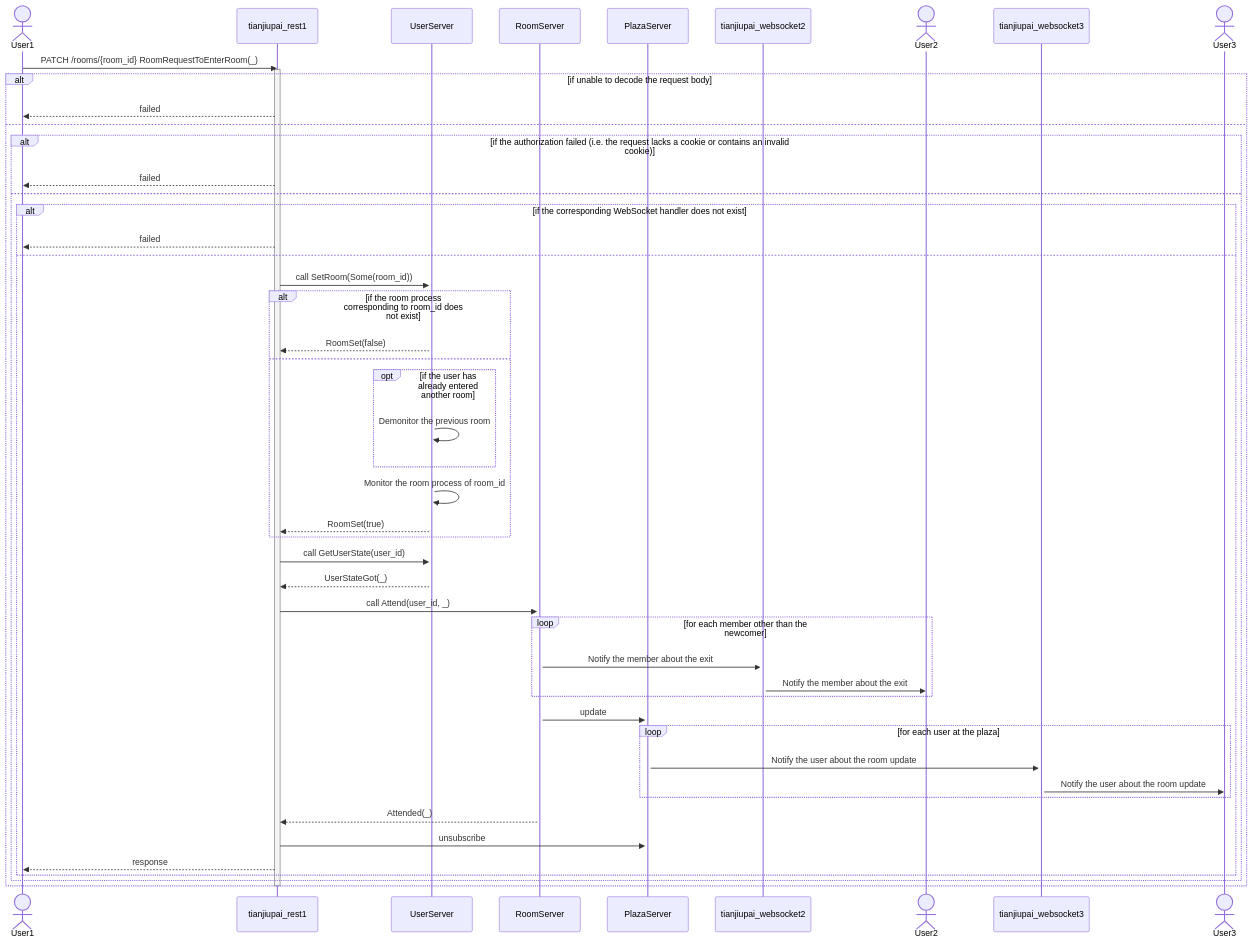
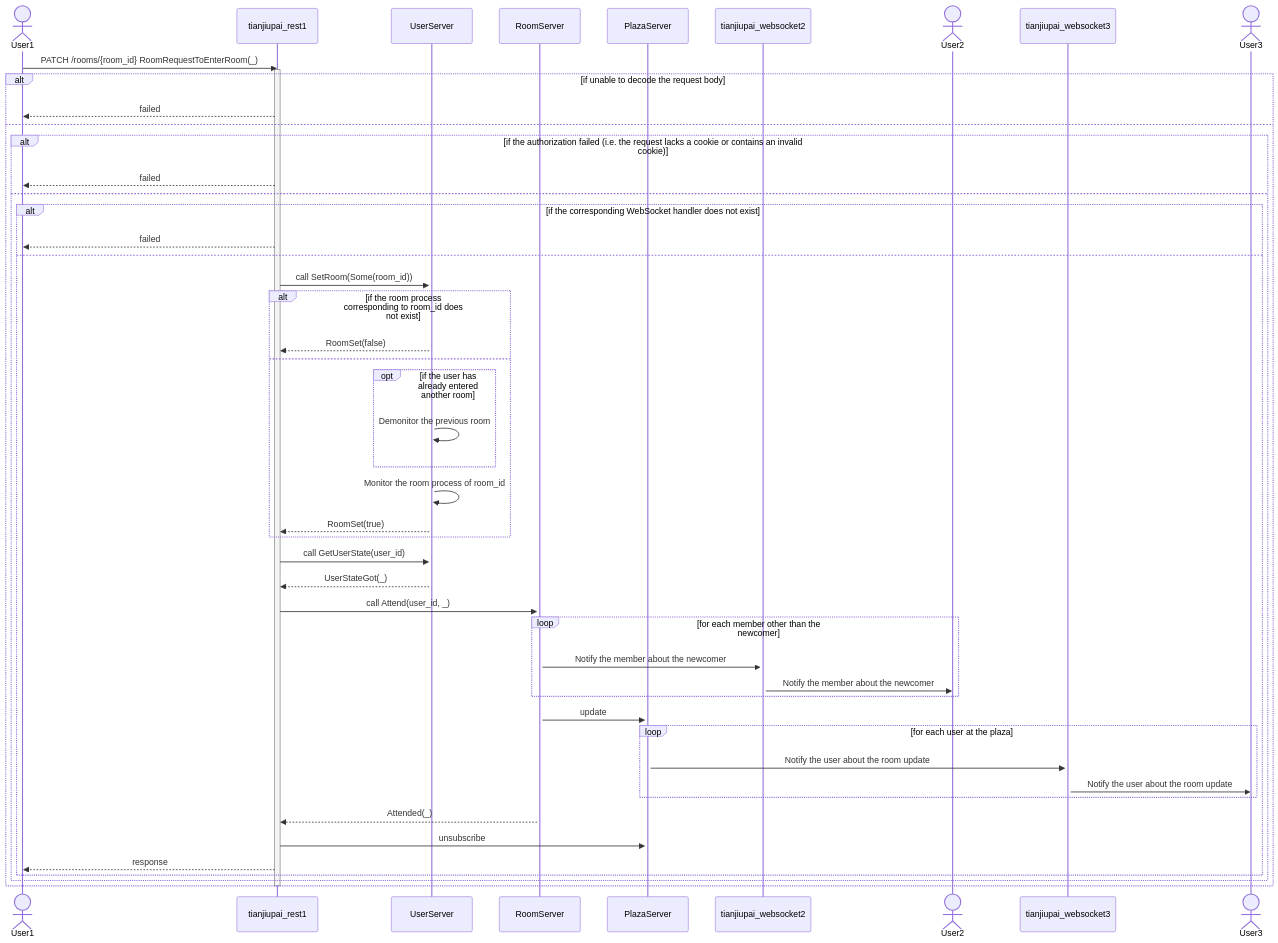
The third of 7 diagrams in docs/ARCHITECTURE.md (gfngfn/game_tianjiupai), drawn with Mermaid before and after one commit. The commit also changed other lines of this file, not shown here.

Commit message:
add some sequence diagrams to docs (6)

````diff
--- a/docs/ARCHITECTURE.md
+++ b/docs/ARCHITECTURE.md
@@ -90,58 +90,58 @@
 ```mermaid
 sequenceDiagram
   actor User1
   participant tianjiupai_rest1
   participant UserServer
   participant RoomServer
   participant PlazaServer
   participant tianjiupai_websocket2
   actor User2
   participant tianjiupai_websocket3
   actor User3
   activate UserServer
   activate RoomServer
   activate PlazaServer
   activate tianjiupai_websocket2
   activate tianjiupai_websocket3
 
   User1 ->> tianjiupai_rest1 : PATCH /rooms/{room_id} RoomRequestToEnterRoom(_)
   activate tianjiupai_rest1
   alt if unable to decode the request body
     tianjiupai_rest1 -->> User1 : failed
   else
     alt if the authorization failed (i.e. the request lacks a cookie or contains an invalid cookie)
       tianjiupai_rest1 -->> User1 : failed
     else
       alt if the corresponding WebSocket handler does not exist
         tianjiupai_rest1 -->> User1 : failed
       else
         tianjiupai_rest1 ->> UserServer : call SetRoom(Some(room_id))
         alt if the room process corresponding to room_id does not exist
           UserServer -->> tianjiupai_rest1 : RoomSet(false)
         else
           opt if the user has already entered another room
             UserServer ->> UserServer : Demonitor the previous room
           end
           UserServer ->> UserServer : Monitor the room process of room_id
           UserServer -->> tianjiupai_rest1 : RoomSet(true)
         end
         tianjiupai_rest1 ->> UserServer : call GetUserState(user_id)
         UserServer -->> tianjiupai_rest1 : UserStateGot(_)
         tianjiupai_rest1 ->> RoomServer : call Attend(user_id, _)
         loop for each member other than the newcomer
-          RoomServer ->> tianjiupai_websocket2 : Notify the member about the exit
-          tianjiupai_websocket2 ->> User2 : Notify the member about the exit
+          RoomServer ->> tianjiupai_websocket2 : Notify the member about the newcomer
+          tianjiupai_websocket2 ->> User2 : Notify the member about the newcomer
         end
         RoomServer ->> PlazaServer : update
         loop for each user at the plaza
           PlazaServer ->> tianjiupai_websocket3 : Notify the user about the room update
           tianjiupai_websocket3 ->> User3 : Notify the user about the room update
         end
         RoomServer -->> tianjiupai_rest1 : Attended(_)
         tianjiupai_rest1 ->> PlazaServer : unsubscribe
         tianjiupai_rest1 -->> User1 : response
       end
     end
   end
   deactivate tianjiupai_rest1
 ```
````
